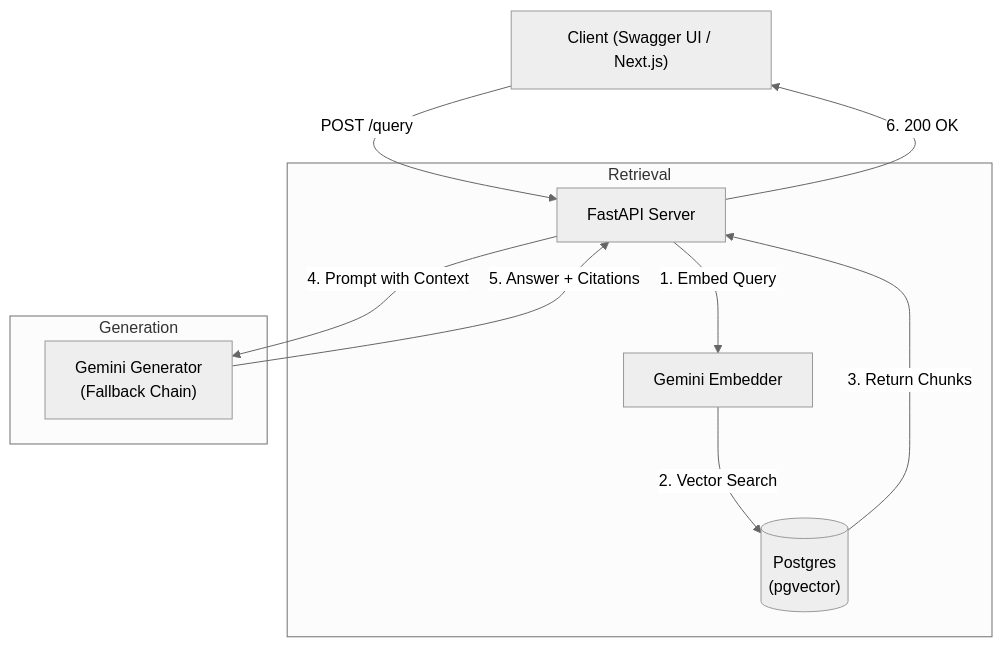
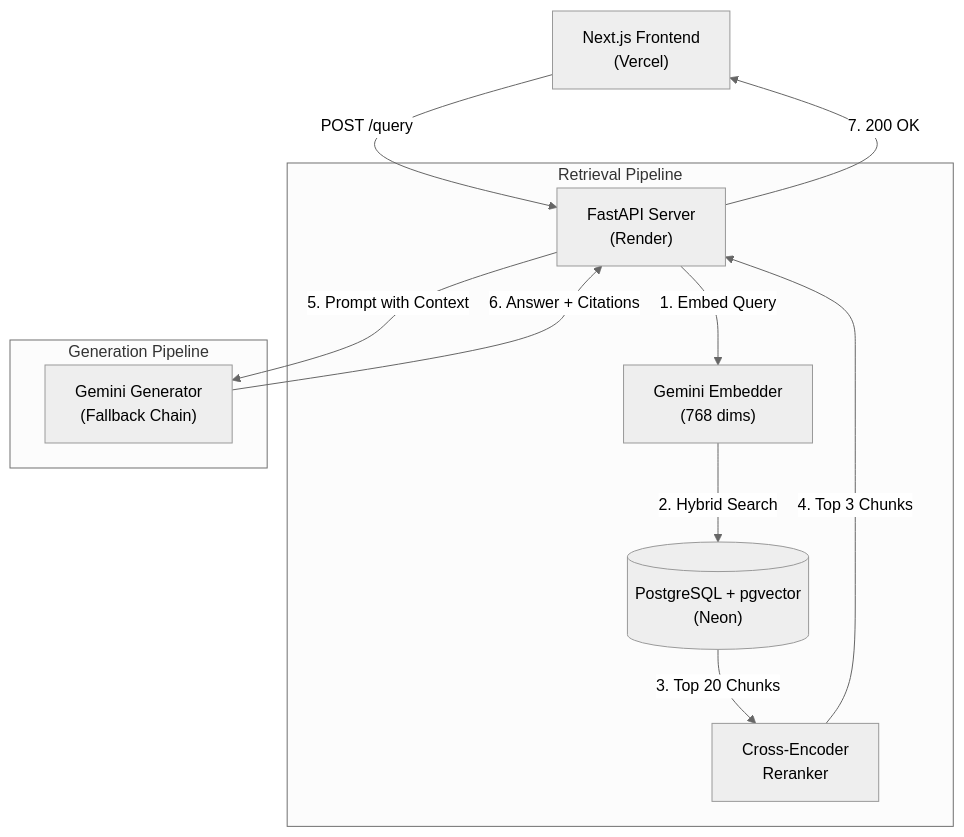
One commit to shaurya-10000/rag-evals changed the diagram in README.md. Above: the diagram before and after it, drawn with Mermaid (neutral theme). The commit also changed other lines of this file, not shown here.

Commit message:
docs: update README with hybrid search, reranker, eval metrics and live demo

````diff
--- a/README.md
+++ b/README.md
@@ -64,17 +52,18 @@
 ```mermaid
 flowchart TD
-    Client["Client (Swagger UI / Next.js)"] -->|"POST /query"| API["FastAPI Server"]
+    Client["Next.js Frontend\n(Vercel)"] -->|"POST /query"| API["FastAPI Server\n(Render)"]
 
-    subgraph "Retrieval"
-        API -->|"1. Embed Query"| Embedder["Gemini Embedder"]
-        Embedder -->|"2. Vector Search"| DB[("Postgres\n(pgvector)")]
+    subgraph "Retrieval Pipeline"
+        API -->|"1. Embed Query"| Embedder["Gemini Embedder\n(768 dims)"]
+        Embedder -->|"2. Hybrid Search"| DB[("PostgreSQL + pgvector\n(Neon)")]
+        DB -->|"3. Top 20 Chunks"| Reranker["Cross-Encoder\nReranker"]
+        Reranker -->|"4. Top 3 Chunks"| API
     end
 
-    subgraph "Generation"
-        DB -->|"3. Return Chunks"| API
-        API -->|"4. Prompt with Context"| LLM["Gemini Generator\n(Fallback Chain)"]
+    subgraph "Generation Pipeline"
+        API -->|"5. Prompt with Context"| LLM["Gemini Generator\n(Fallback Chain)"]
     end
 
-    LLM -->|"5. Answer + Citations"| API
-    API -->|"6. 200 OK"| Client
+    LLM -->|"6. Answer + Citations"| API
+    API -->|"7. 200 OK"| Client
 ```
````
